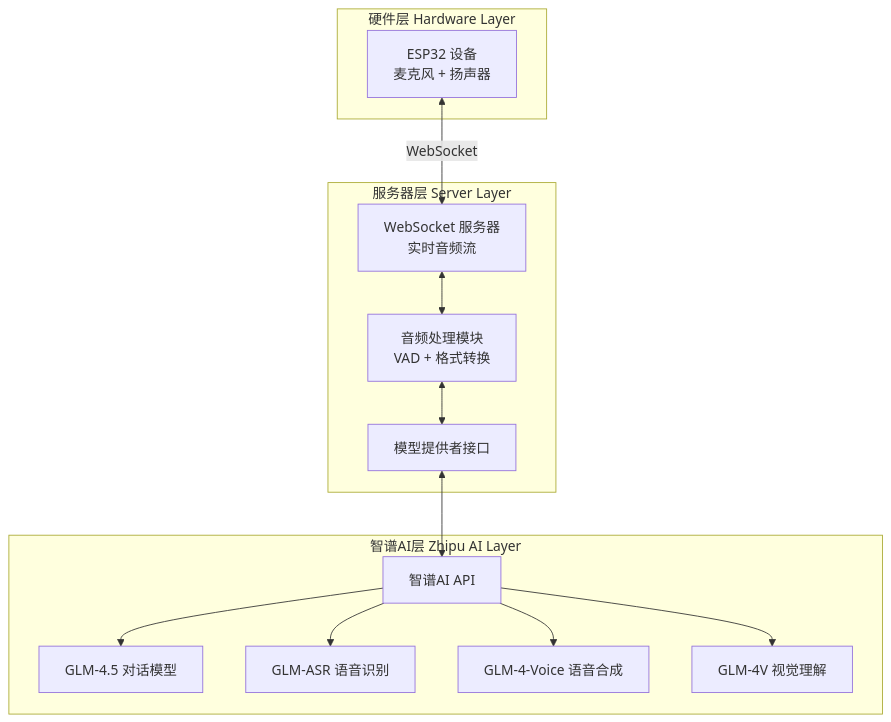
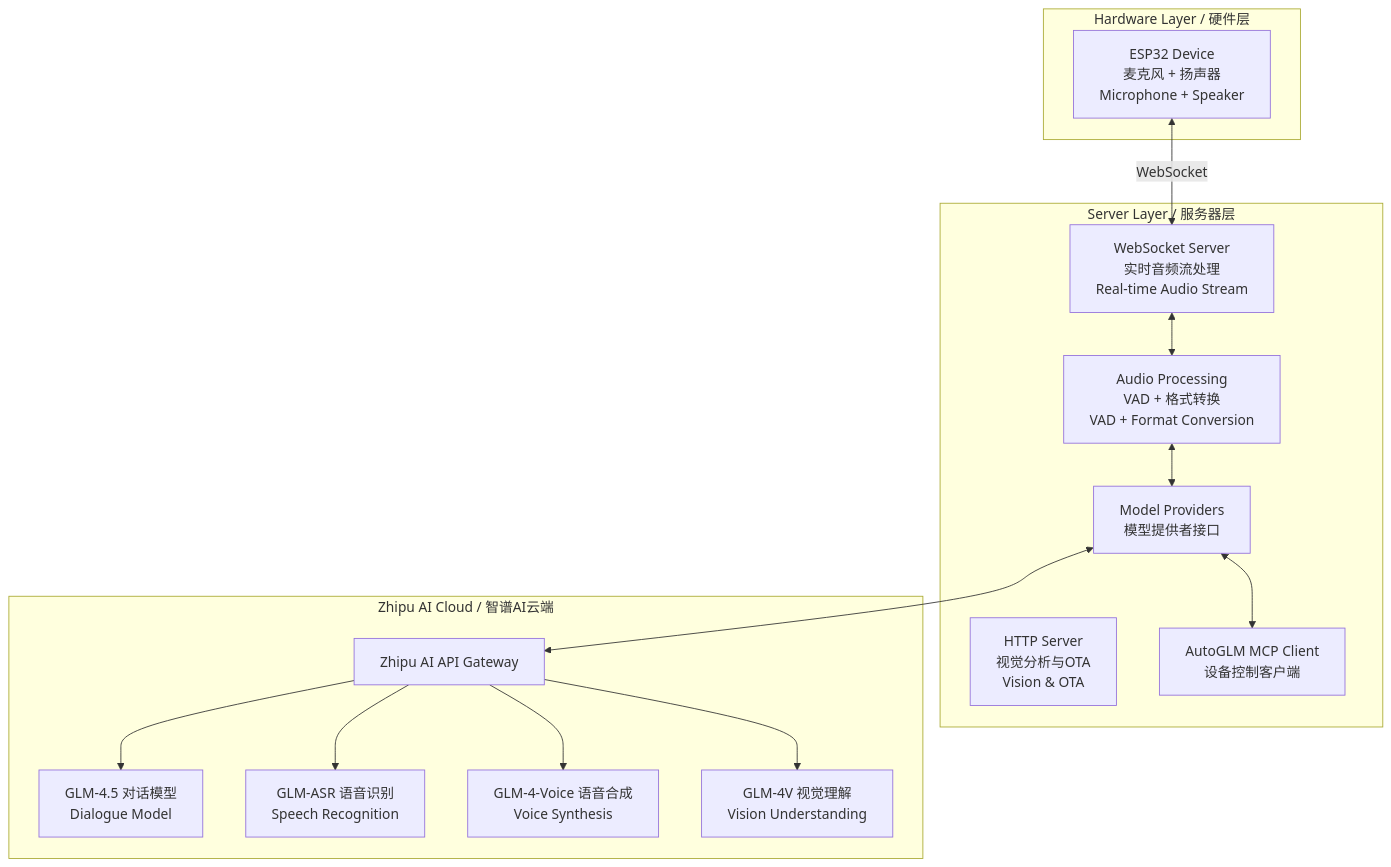
One commit to zshi719/GLM-Xiaozhi changed the first of 3 diagrams in README.md. Above: the diagram before and after it, drawn with Mermaid. The commit also changed other lines of this file, not shown here.

````diff
--- a/README.md
+++ b/README.md
@@ -35,29 +56,32 @@
 ```mermaid
 graph TB
-    subgraph "硬件层 Hardware Layer"
-        ESP32[ESP32 设备<br/>麦克风 + 扬声器]
+    subgraph "Hardware Layer / 硬件层"
+        ESP32[ESP32 Device<br/>麦克风 + 扬声器<br/>Microphone + Speaker]
     end
     
-    subgraph "服务器层 Server Layer"
-        WS[WebSocket 服务器<br/>实时音频流]
-        AUDIO[音频处理模块<br/>VAD + 格式转换]
-        PROVIDER[模型提供者接口]
+    subgraph "Server Layer / 服务器层"
+        WS[WebSocket Server<br/>实时音频流处理<br/>Real-time Audio Stream]
+        HTTP[HTTP Server<br/>视觉分析与OTA<br/>Vision & OTA]
+        AUDIO[Audio Processing<br/>VAD + 格式转换<br/>VAD + Format Conversion]
+        PROVIDER[Model Providers<br/>模型提供者接口]
+        MCP[AutoGLM MCP Client<br/>设备控制客户端]
     end
     
-    subgraph "智谱AI层 Zhipu AI Layer"
-        ZHIPU[智谱AI API]
-        GLM[GLM-4.5 对话模型]
-        ASR[GLM-ASR 语音识别]
-        TTS[GLM-4-Voice 语音合成]
-        VISION[GLM-4V 视觉理解]
+    subgraph "Zhipu AI Cloud / 智谱AI云端"
+        ZHIPU[Zhipu AI API Gateway]
+        GLM[GLM-4.5 对话模型<br/>Dialogue Model]
+        ASR[GLM-ASR 语音识别<br/>Speech Recognition]
+        TTS[GLM-4-Voice 语音合成<br/>Voice Synthesis]
+        VISION[GLM-4V 视觉理解<br/>Vision Understanding]
     end
     
     ESP32 <-->|WebSocket| WS
     WS <--> AUDIO
     AUDIO <--> PROVIDER
     PROVIDER <--> ZHIPU
+    PROVIDER <--> MCP
     ZHIPU --> GLM
     ZHIPU --> ASR
     ZHIPU --> TTS
     ZHIPU --> VISION
 ```
````
